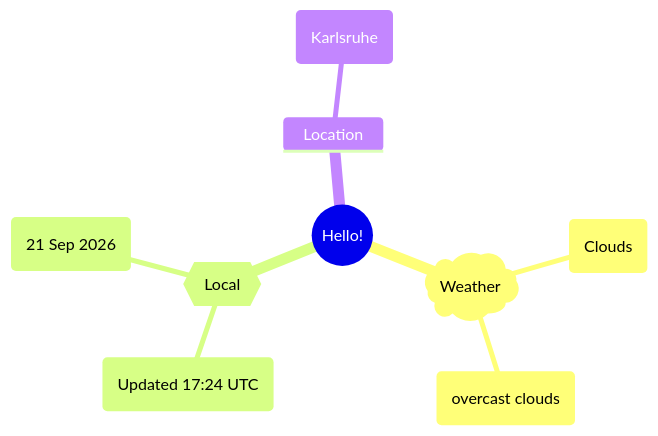
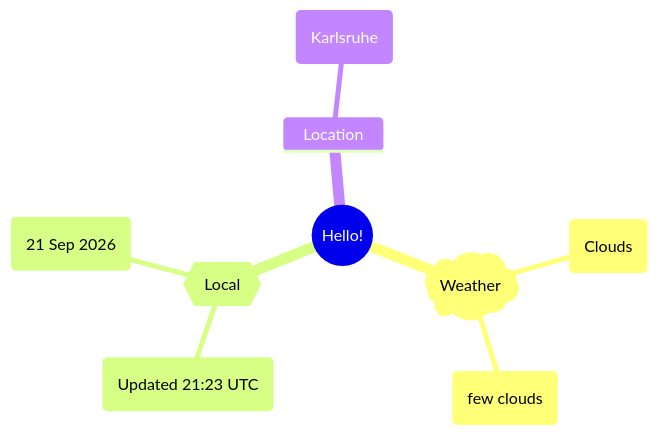
One commit to Xosrov/Xosrov changed the first of 2 diagrams in README.md. Above: the diagram before and after it, drawn with Mermaid.

Commit message:
[bot] updated images

````diff
--- a/README.md
+++ b/README.md
@@ -3,12 +3,12 @@
 ```mermaid
 mindmap
   root((Hello!))
     )Weather(
         (Clouds)
-        (overcast clouds)
+        (few clouds)
     {{Local}}
-        (Updated 17:24 UTC)
+        (Updated 21:23 UTC)
         (21 Sep 2026)
     Location
         (Karlsruhe)
 ```
````
